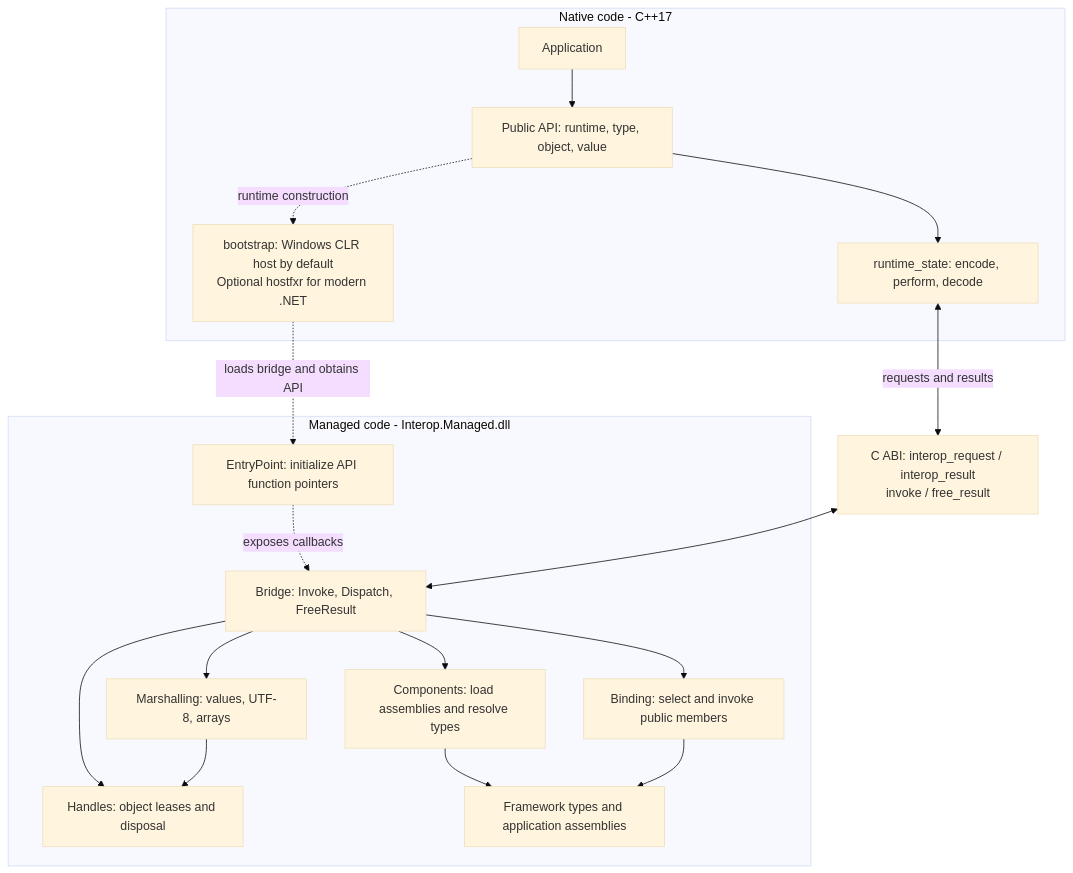
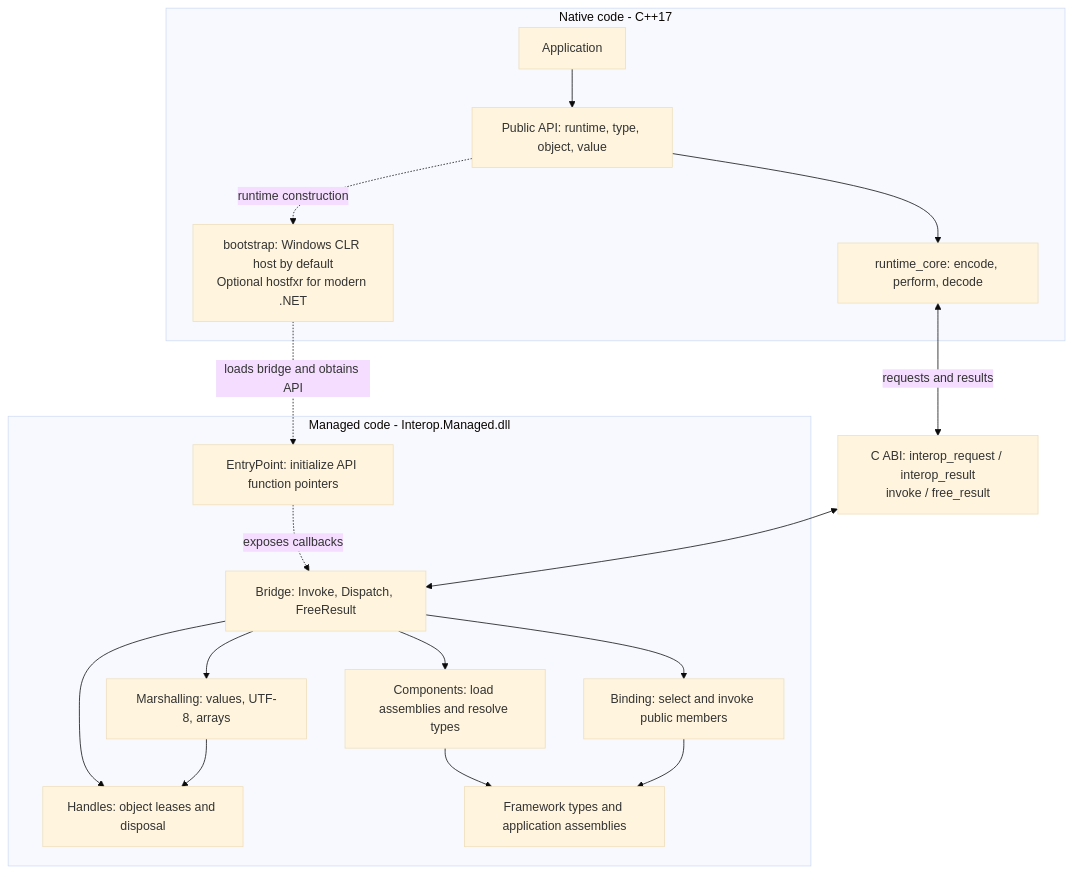
One commit to thms0x/hostfxr-interop changed the first of 4 diagrams in unmanaged_to_managed/README.md. Above: the diagram before and after it, drawn with Mermaid (base theme). The commit also changed other lines of this file and 11 other files, not shown here.

````diff
--- a/unmanaged_to_managed/README.md
+++ b/unmanaged_to_managed/README.md
@@ -16,33 +16,33 @@
 ```mermaid
 flowchart TB
     subgraph Native["Native code - C++17"]
         App["Application"]
         API["Public API: runtime, type, object, value"]
-        State["runtime_state: encode, perform, decode"]
+        State["runtime_core: encode, perform, decode"]
         Host["bootstrap: Windows CLR host by default<br/>Optional hostfxr for modern .NET"]
         App --> API
         API --> State
         API -. "runtime construction" .-> Host
     end
     ABI["C ABI: interop_request / interop_result<br/>invoke / free_result"]
     subgraph Managed["Managed code - Interop.Managed.dll"]
         Entry["EntryPoint: initialize API function pointers"]
         Bridge["Bridge: Invoke, Dispatch, FreeResult"]
         Marshal["Marshalling: values, UTF-8, arrays"]
         Handles["Handles: object leases and disposal"]
         Components["Components: load assemblies and resolve types"]
         Binding["Binding: select and invoke public members"]
         Target["Framework types and application assemblies"]
         Entry -. "exposes callbacks" .-> Bridge
         Bridge --> Marshal
         Bridge --> Handles
         Bridge --> Components
         Bridge --> Binding
         Marshal --> Handles
         Components --> Target
         Binding --> Target
     end
     Host -. "loads bridge and obtains API" .-> Entry
     State <-->|"requests and results"| ABI
     ABI <--> Bridge
 ```
````
